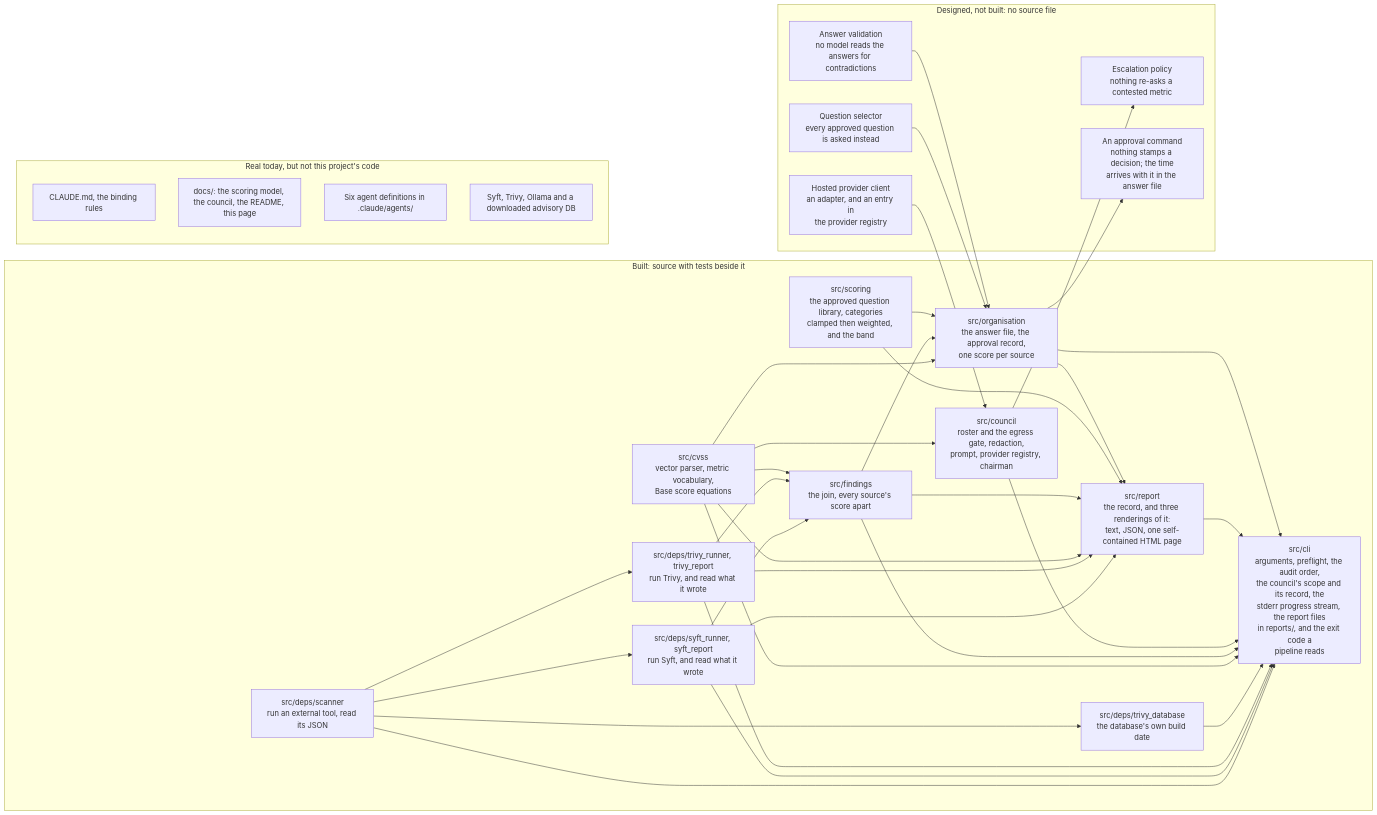
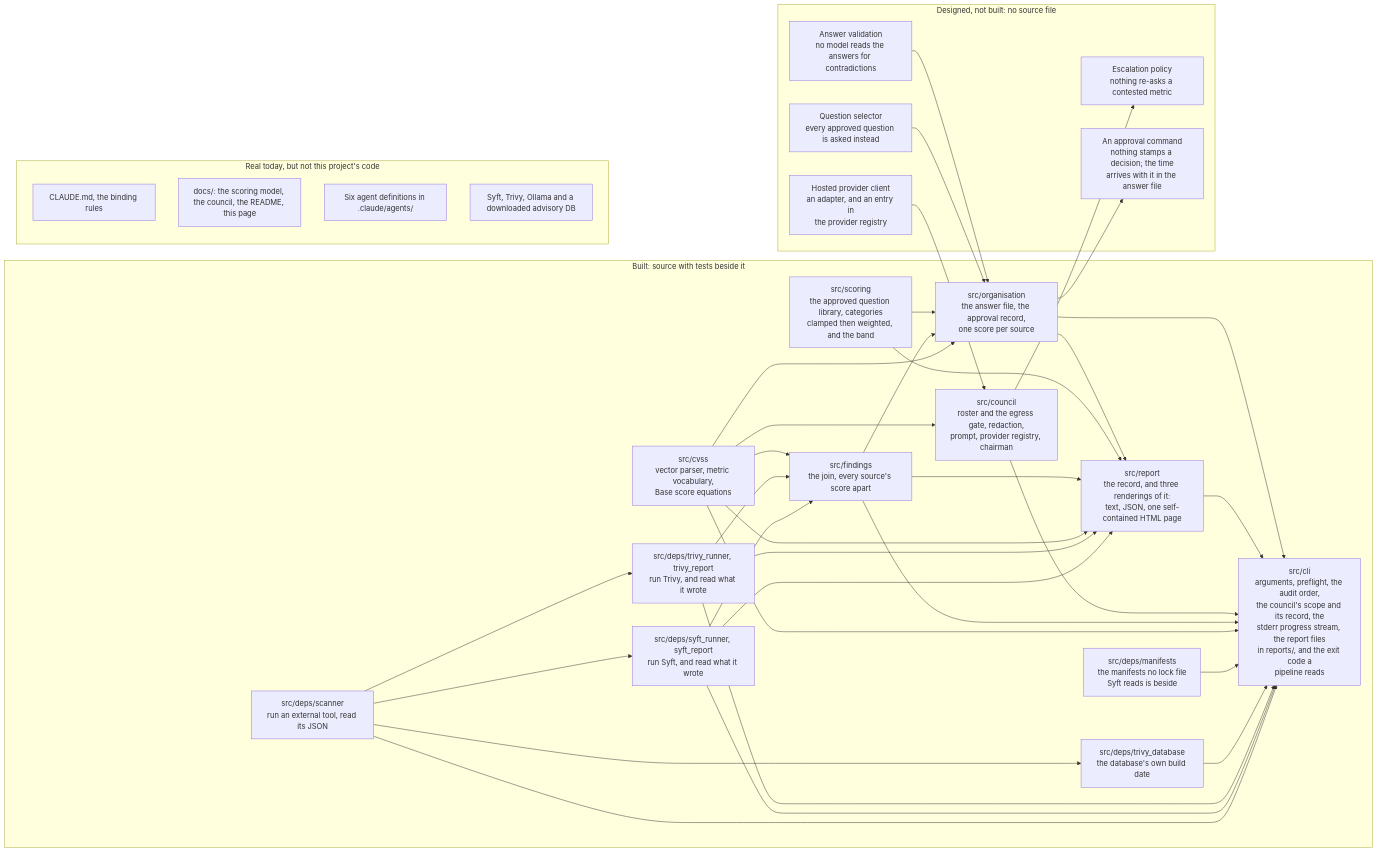
One commit to heinthtnaung/AgenticLLMAppAuditor changed the fifth of 5 diagrams in docs/diagrams.md. Above: the diagram before and after it, drawn with Mermaid. The commit also changed other lines of this file and 18 other files, not shown here.

First line of the commit message:
Name each manifest with no lock file Syft reads

````diff
--- a/docs/diagrams.md
+++ b/docs/diagrams.md
@@ -471,62 +486,64 @@
 ```mermaid
 flowchart LR
     subgraph BUILT["Built: source with tests beside it"]
         b0["src/deps/scanner<br/>run an external tool, read its JSON"]
         b1["src/deps/syft_runner, syft_report<br/>run Syft, and read what it wrote"]
         b2["src/deps/trivy_runner, trivy_report<br/>run Trivy, and read what it wrote"]
         b3["src/deps/trivy_database<br/>the database's own build date"]
+        b11["src/deps/manifests<br/>the manifests no lock file<br/>Syft reads is beside"]
         b4["src/cvss<br/>vector parser, metric vocabulary,<br/>Base score equations"]
         b5["src/findings<br/>the join, every source's score apart"]
         b7["src/council<br/>roster and the egress gate, redaction,<br/>prompt, provider registry, chairman"]
         b8["src/report<br/>the record, and three renderings of it:<br/>text, JSON, one self-contained HTML page"]
         b9["src/cli<br/>arguments, preflight, the audit order,<br/>the council's scope and its record, the<br/>stderr progress stream, the report files<br/>in reports/, and the exit code a<br/>pipeline reads"]
         b6["src/scoring<br/>the approved question library, categories<br/>clamped then weighted, and the band"]
         b10["src/organisation<br/>the answer file, the approval record,<br/>one score per source"]
         b0 --> b1
         b0 --> b2
         b0 --> b3
         b0 --> b9
         b1 --> b5
         b1 --> b8
         b1 --> b9
         b2 --> b5
         b2 --> b8
         b2 --> b9
         b3 --> b9
+        b11 --> b9
         b4 --> b5
         b4 --> b7
         b4 --> b8
         b4 --> b9
         b4 --> b10
         b5 --> b8
         b5 --> b9
         b5 --> b10
         b6 --> b8
         b6 --> b10
         b7 --> b9
         b8 --> b9
         b10 --> b8
         b10 --> b9
     end
 
     subgraph UNBUILT["Designed, not built: no source file"]
         d2["Question selector<br/>every approved question is asked instead"]
         d3["Answer validation<br/>no model reads the answers for contradictions"]
         d6["Hosted provider client<br/>an adapter, and an entry in<br/>the provider registry"]
         d11["Escalation policy<br/>nothing re-asks a contested metric"]
         d12["An approval command<br/>nothing stamps a decision; the time<br/>arrives with it in the answer file"]
     end
 
     d6 --> b7
     b7 --> d11
     d2 --> b10
     d3 --> b10
     b10 --> d12
 
     subgraph REAL["Real today, but not this project's code"]
         x1["CLAUDE.md, the binding rules"]
         x2["docs/: the scoring model, the council, the README, this page"]
         x3["Six agent definitions in .claude/agents/"]
         x4["Syft, Trivy, Ollama and a downloaded advisory DB"]
     end
 ```
````
